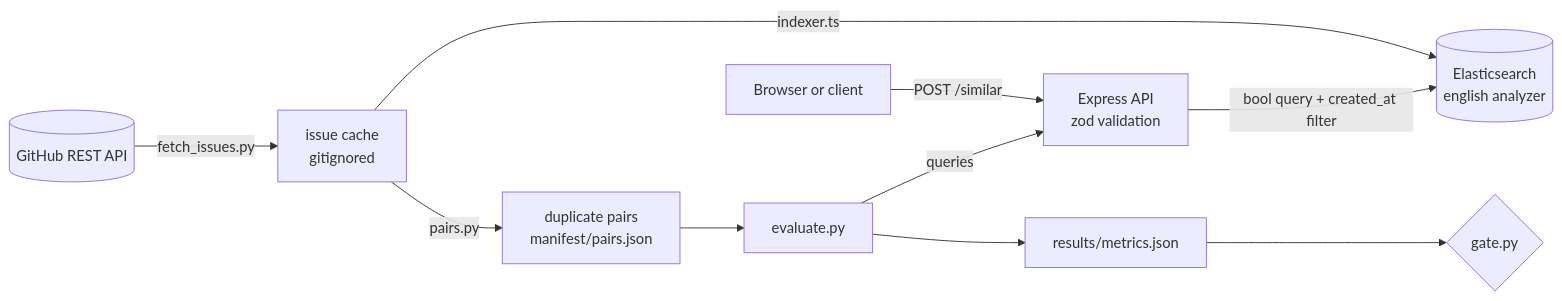
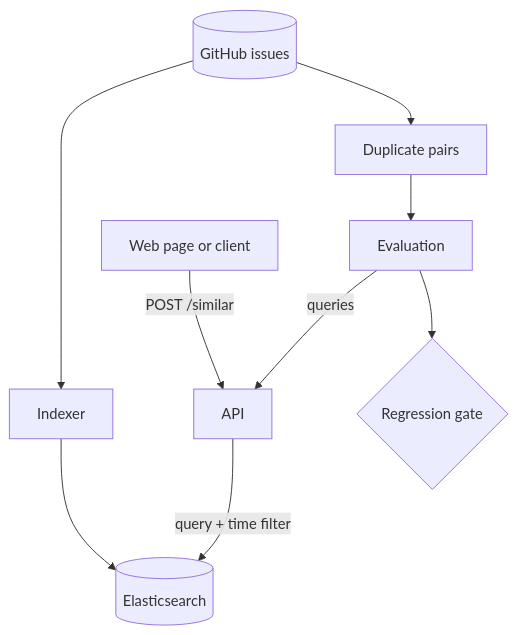
One commit to hitesh-ctrl/dupBug changed the diagram in README.md. Above: the diagram before and after it, drawn with Mermaid.

Commit message:
Simplify README architecture diagram

````diff
--- a/README.md
+++ b/README.md
@@ -49,12 +49,8 @@
 ```mermaid
-flowchart LR
-    GH[(GitHub REST API)] -->|fetch_issues.py| D[issue cache<br/>gitignored]
-    D -->|indexer.ts| ES[(Elasticsearch<br/>english analyzer)]
-    U[Browser or client] -->|POST /similar| API[Express API<br/>zod validation]
-    API -->|bool query + created_at filter| ES
-    D -->|pairs.py| P[duplicate pairs<br/>manifest/pairs.json]
-    P --> EV[evaluate.py]
-    EV -->|queries| API
-    EV --> R[results/metrics.json]
-    R --> G{gate.py}
+flowchart TB
+    GH[(GitHub issues)] --> IDX[Indexer] --> ES[(Elasticsearch)]
+    UI[Web page or client] -->|POST /similar| API[API] -->|query + time filter| ES
+    GH --> PAIRS[Duplicate pairs]
+    PAIRS --> EVAL[Evaluation] -->|queries| API
+    EVAL --> GATE{Regression gate}
 ```
````
